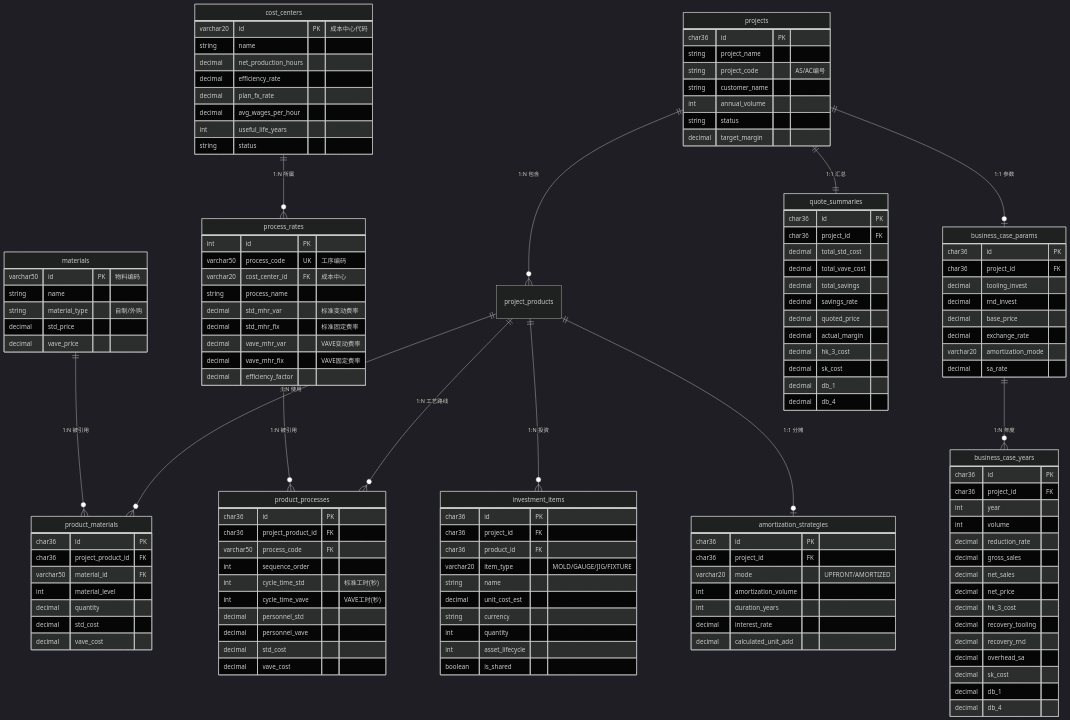
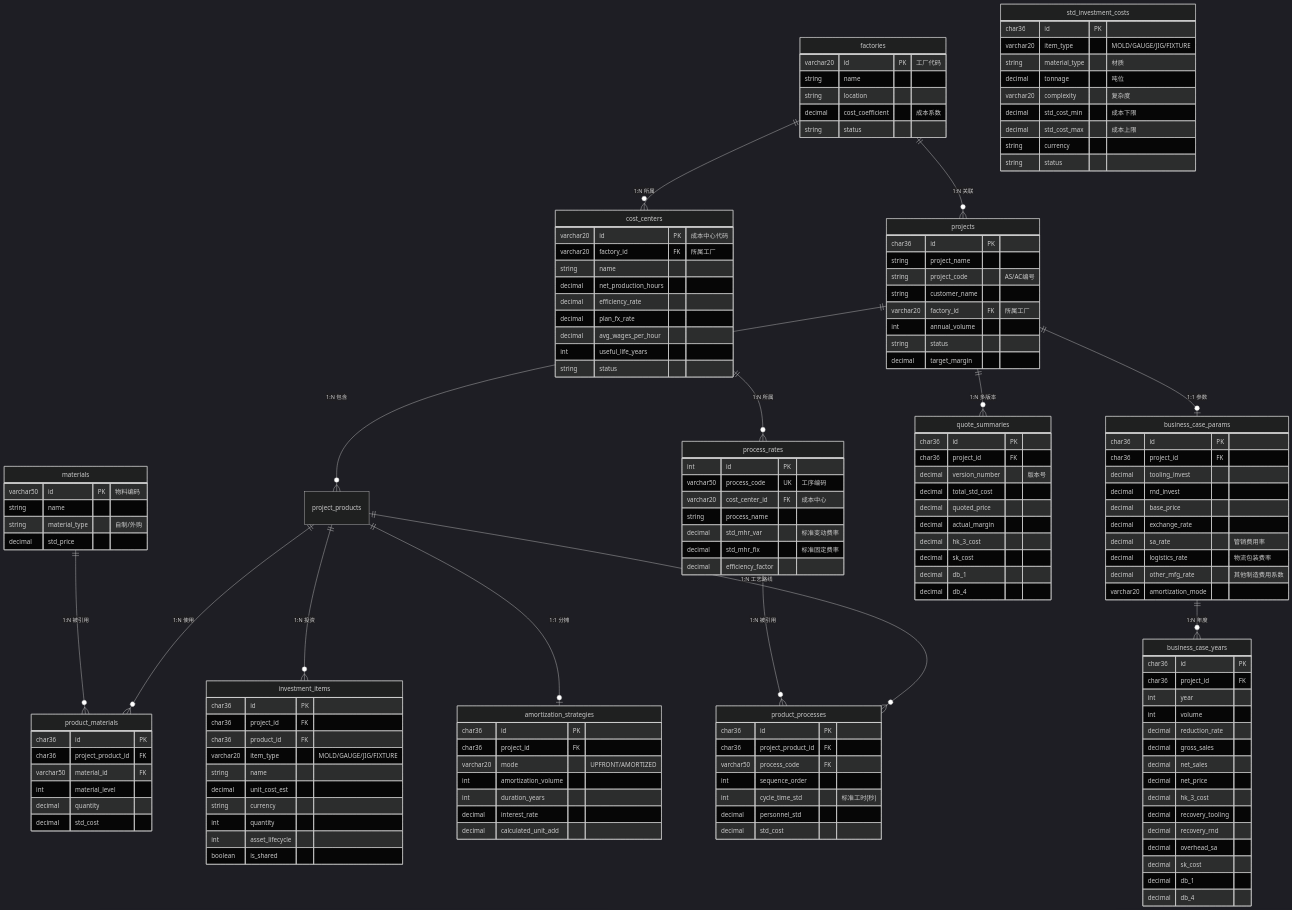
One commit to randyluo85/Quoting-Copilot changed the diagram in docs/DATABASE_DESIGN.md. Above: the diagram before and after it, drawn with Mermaid (dark theme). The commit also changed other lines of this file and 35 other files, not shown here.

````diff
--- a/docs/DATABASE_DESIGN.md
+++ b/docs/DATABASE_DESIGN.md
@@ -50,5 +52,7 @@
 ```mermaid
 erDiagram
+    factories ||--o{ projects : "1:N 关联"
+    factories ||--o{ cost_centers : "1:N 所属"
     projects ||--o{ project_products : "1:N 包含"
     project_products ||--o{ product_materials : "1:N 使用"
     project_products ||--o{ product_processes : "1:N 工艺路线"
@@ -59,15 +63,24 @@
     cost_centers ||--o{ process_rates : "1:N 所属"
     process_rates ||--o{ product_processes : "1:N 被引用"
 
-    projects ||--|| quote_summaries : "1:1 汇总"
+    projects ||--o{ quote_summaries : "1:N 多版本"
     projects ||--o| business_case_params : "1:1 参数"
     business_case_params ||--o{ business_case_years : "1:N 年度"
+
+    factories {
+        varchar20 id PK "工厂代码"
+        string name
+        string location
+        decimal cost_coefficient "成本系数"
+        string status
+    }
 
     projects {
         char36 id PK
         string project_name
         string project_code "AS/AC编号"
         string customer_name
+        varchar20 factory_id FK "所属工厂"
         int annual_volume
         string status
         decimal target_margin
@@ -75,6 +88,7 @@
 
     cost_centers {
         varchar20 id PK "成本中心代码"
+        varchar20 factory_id FK "所属工厂"
         string name
         decimal net_production_hours
         decimal efficiency_rate
@@ -89,7 +103,6 @@
         string name
         string material_type "自制/外购"
         decimal std_price
-        decimal vave_price
     }
 
     product_materials {
@@ -99,7 +112,6 @@
         int material_level
         decimal quantity
         decimal std_cost
-        decimal vave_cost
     }
 
     process_rates {
@@ -109,8 +121,6 @@
         string process_name
         decimal std_mhr_var "标准变动费率"
         decimal std_mhr_fix "标准固定费率"
-        decimal vave_mhr_var "VAVE变动费率"
-        decimal vave_mhr_fix "VAVE固定费率"
         decimal efficiency_factor
     }
 
@@ -120,11 +130,8 @@
         varchar50 process_code FK
         int sequence_order
         int cycle_time_std "标准工时(秒)"
-        int cycle_time_vave "VAVE工时(秒)"
         decimal personnel_std
-        decimal personnel_vave
         decimal std_cost
-        decimal vave_cost
     }
 
     investment_items {
@@ -153,16 +160,26 @@
     quote_summaries {
         char36 id PK
         char36 project_id FK
+        decimal version_number "版本号"
         decimal total_std_cost
-        decimal total_vave_cost
-        decimal total_savings
-        decimal savings_rate
         decimal quoted_price
         decimal actual_margin
         decimal hk_3_cost
         decimal sk_cost
         decimal db_1
         decimal db_4
+    }
+
+    std_investment_costs {
+        char36 id PK
+        varchar20 item_type "MOLD/GAUGE/JIG/FIXTURE"
+        string material_type "材质"
+        decimal tonnage "吨位"
+        varchar20 complexity "复杂度"
+        decimal std_cost_min "成本下限"
+        decimal std_cost_max "成本上限"
+        string currency
+        string status
     }
 
     business_case_params {
@@ -172,8 +189,10 @@
         decimal rnd_invest
         decimal base_price
         decimal exchange_rate
+        decimal sa_rate "管销费用率"
+        decimal logistics_rate "物流包装费率"
+        decimal other_mfg_rate "其他制造费用系数"
         varchar20 amortization_mode
-        decimal sa_rate
     }
 
     business_case_years {
````
